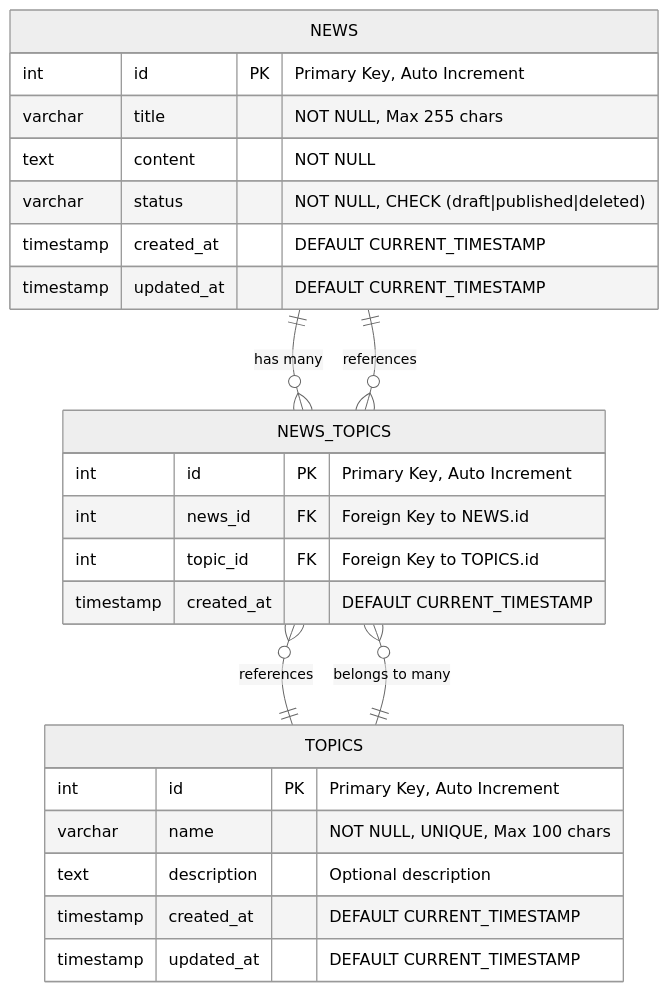
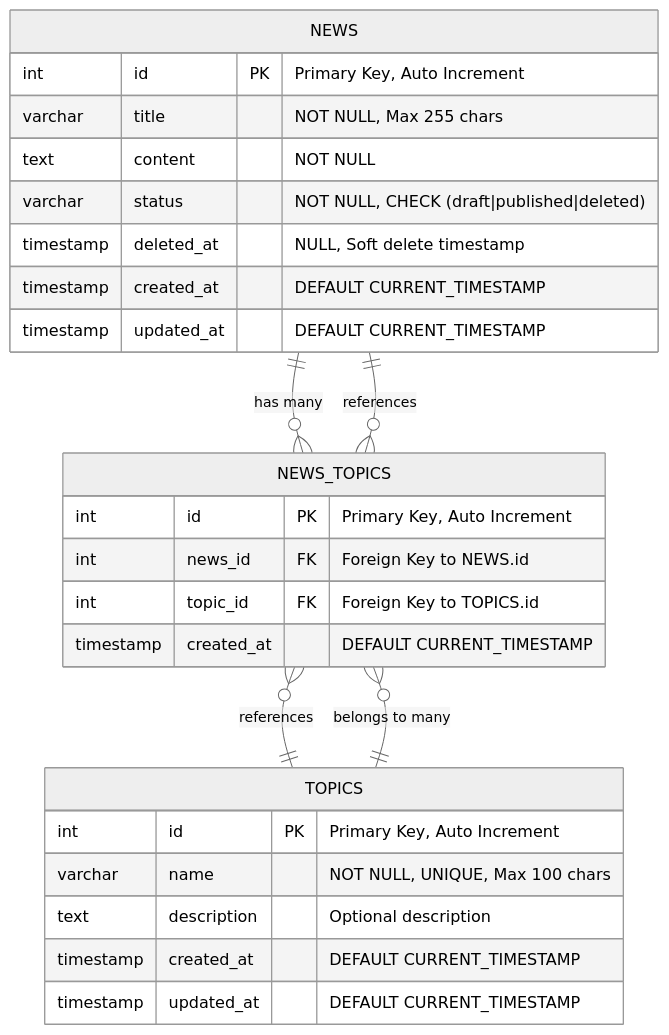
One commit to HeruHerdiansyah/test-zero-one-group changed the second of 9 diagrams in docs/SYSTEM_DESIGN.md. Above: the diagram before and after it, drawn with Mermaid (neutral theme). The commit also changed 16 other files, not shown here.

Commit message:
:sparkles: Feat(News & Topics): Add pagination, update schema soft delete, optimize unit test

````diff
--- a/docs/SYSTEM_DESIGN.md
+++ b/docs/SYSTEM_DESIGN.md
@@ -64,31 +64,31 @@
 ```mermaid
-erDiagram
-    NEWS {
+erDiagram    NEWS {
         int id PK "Primary Key, Auto Increment"
         varchar title "NOT NULL, Max 255 chars"
         text content "NOT NULL"
         varchar status "NOT NULL, CHECK (draft|published|deleted)"
+        timestamp deleted_at "NULL, Soft delete timestamp"
         timestamp created_at "DEFAULT CURRENT_TIMESTAMP"
         timestamp updated_at "DEFAULT CURRENT_TIMESTAMP"
     }
     
     TOPICS {
         int id PK "Primary Key, Auto Increment"
         varchar name "NOT NULL, UNIQUE, Max 100 chars"
         text description "Optional description"
         timestamp created_at "DEFAULT CURRENT_TIMESTAMP"
         timestamp updated_at "DEFAULT CURRENT_TIMESTAMP"
     }
     
     NEWS_TOPICS {
         int id PK "Primary Key, Auto Increment"
         int news_id FK "Foreign Key to NEWS.id"
         int topic_id FK "Foreign Key to TOPICS.id"
         timestamp created_at "DEFAULT CURRENT_TIMESTAMP"
     }
     
     NEWS ||--o{ NEWS_TOPICS : "has many"
     TOPICS ||--o{ NEWS_TOPICS : "belongs to many"
     NEWS_TOPICS }o--|| NEWS : "references"
     NEWS_TOPICS }o--|| TOPICS : "references"
 ```
````
